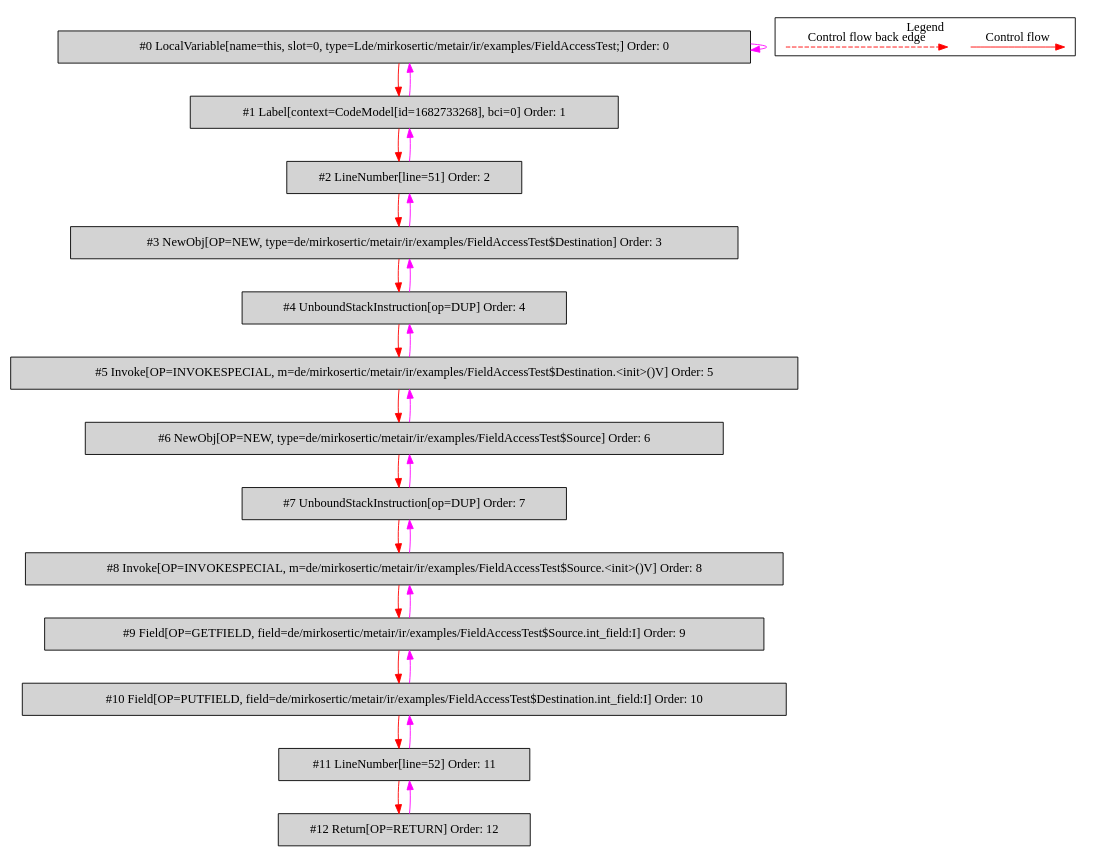
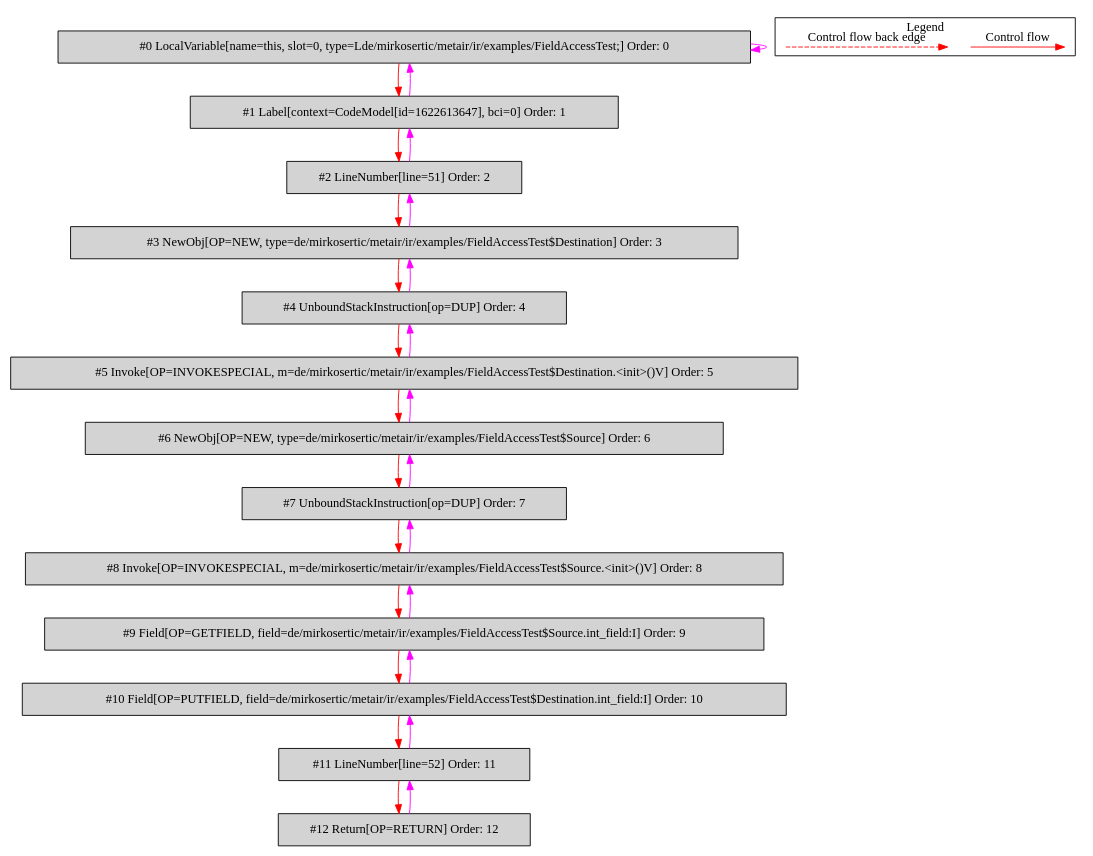
One commit to mirkosertic/MetaIR changed the diagram in de.mirkosertic.metair.ir.examples.FieldAccessTest/copy_int/bytecodecfg.dot. Above: the diagram before and after it, drawn with Graphviz. The commit also changed 1232 other files, not shown here.

```diff
--- a/de.mirkosertic.metair.ir.examples.FieldAccessTest/copy_int/bytecodecfg.dot
+++ b/de.mirkosertic.metair.ir.examples.FieldAccessTest/copy_int/bytecodecfg.dot
@@ -1,55 +1,55 @@
 digraph {
  ordering="in";
  node0[label="#0 LocalVariable[name=this, slot=0, type=Lde/mirkosertic/metair/ir/examples/FieldAccessTest;] Order: 0", shape=box, fillcolor=lightgrey, style=filled];
- node1[label="#1 Label[context=CodeModel[id=1682733268], bci=0] Order: 1", shape=box, fillcolor=lightgrey, style=filled];
+ node1[label="#1 Label[context=CodeModel[id=1622613647], bci=0] Order: 1", shape=box, fillcolor=lightgrey, style=filled];
  node2[label="#2 LineNumber[line=51] Order: 2", shape=box, fillcolor=lightgrey, style=filled];
  node3[label="#3 NewObj[OP=NEW, type=de/mirkosertic/metair/ir/examples/FieldAccessTest$Destination] Order: 3", shape=box, fillcolor=lightgrey, style=filled];
  node4[label="#4 UnboundStackInstruction[op=DUP] Order: 4", shape=box, fillcolor=lightgrey, style=filled];
  node5[label="#5 Invoke[OP=INVOKESPECIAL, m=de/mirkosertic/metair/ir/examples/FieldAccessTest$Destination.<init>()V] Order: 5", shape=box, fillcolor=lightgrey, style=filled];
  node6[label="#6 NewObj[OP=NEW, type=de/mirkosertic/metair/ir/examples/FieldAccessTest$Source] Order: 6", shape=box, fillcolor=lightgrey, style=filled];
  node7[label="#7 UnboundStackInstruction[op=DUP] Order: 7", shape=box, fillcolor=lightgrey, style=filled];
  node8[label="#8 Invoke[OP=INVOKESPECIAL, m=de/mirkosertic/metair/ir/examples/FieldAccessTest$Source.<init>()V] Order: 8", shape=box, fillcolor=lightgrey, style=filled];
  node9[label="#9 Field[OP=GETFIELD, field=de/mirkosertic/metair/ir/examples/FieldAccessTest$Source.int_field:I] Order: 9", shape=box, fillcolor=lightgrey, style=filled];
  node10[label="#10 Field[OP=PUTFIELD, field=de/mirkosertic/metair/ir/examples/FieldAccessTest$Destination.int_field:I] Order: 10", shape=box, fillcolor=lightgrey, style=filled];
  node11[label="#11 LineNumber[line=52] Order: 11", shape=box, fillcolor=lightgrey, style=filled];
  node12[label="#12 Return[OP=RETURN] Order: 12", shape=box, fillcolor=lightgrey, style=filled];
  node0 -> node0[color=fuchsia];
  node0 -> node1[color=red];
  node1 -> node0[color=fuchsia];
  node1 -> node2[color=red];
  node2 -> node1[color=fuchsia];
  node2 -> node3[color=red];
  node3 -> node2[color=fuchsia];
  node3 -> node4[color=red];
  node4 -> node3[color=fuchsia];
  node4 -> node5[color=red];
  node5 -> node4[color=fuchsia];
  node5 -> node6[color=red];
  node6 -> node5[color=fuchsia];
  node6 -> node7[color=red];
  node7 -> node6[color=fuchsia];
  node7 -> node8[color=red];
  node8 -> node7[color=fuchsia];
  node8 -> node9[color=red];
  node9 -> node8[color=fuchsia];
  node9 -> node10[color=red];
  node10 -> node9[color=fuchsia];
  node10 -> node11[color=red];
  node11 -> node10[color=fuchsia];
  node11 -> node12[color=red];
  node12 -> node11[color=fuchsia];
  subgraph cluster_000 {
   label = "Legend";
   node [shape=point]
   {
    rank=same;
    c0 [style = invis];
    c1 [style = invis];
    c2 [style = invis];
    c3 [style = invis];
   }
   c0 -> c1 [label="Control flow", style=solid, color=red]
   c2 -> c3 [label="Control flow back edge", style=dashed, color=red]
  }
 
 }
```
